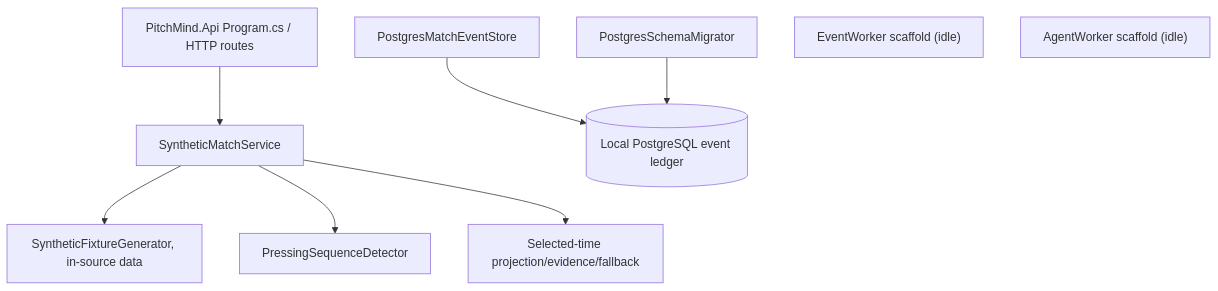
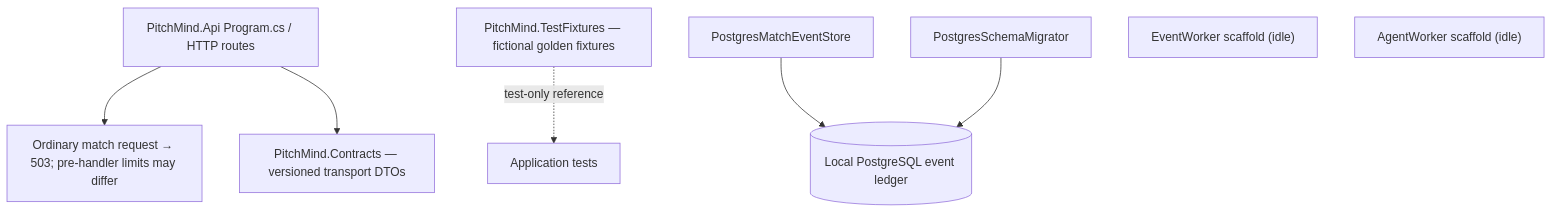
The first of 2 diagrams in docs/architecture/03-components.md (prateekgangopadhyay/PitchMind), drawn with Mermaid before and after one commit. The commit also changed 35 other files, not shown here.

First line of the commit message:
feat(EP01-S01): guard architecture and feed boundaries

````diff
--- a/docs/architecture/03-components.md
+++ b/docs/architecture/03-components.md
@@ -9,11 +9,10 @@
 ```mermaid
 flowchart TB
-  API["PitchMind.Api Program.cs / HTTP routes"] --> Match["SyntheticMatchService"]
-  Match --> Fixture["SyntheticFixtureGenerator, in-source data"]
-  Match --> Press["PressingSequenceDetector"]
-  Match --> Replay["Selected-time projection/evidence/fallback"]
+  API["PitchMind.Api Program.cs / HTTP routes"] --> Guard["Ordinary match request → 503; pre-handler limits may differ"]
+  API --> Contracts["PitchMind.Contracts — versioned transport DTOs"]
+  Test["PitchMind.TestFixtures — fictional golden fixtures"] -. "test-only reference" .-> AppTests["Application tests"]
   Ledger["PostgresMatchEventStore"] --> DB[("Local PostgreSQL event ledger")]
   Migrator["PostgresSchemaMigrator"] --> DB
   EventWorker["EventWorker scaffold (idle)"]
   AgentWorker["AgentWorker scaffold (idle)"]
 ```
````
